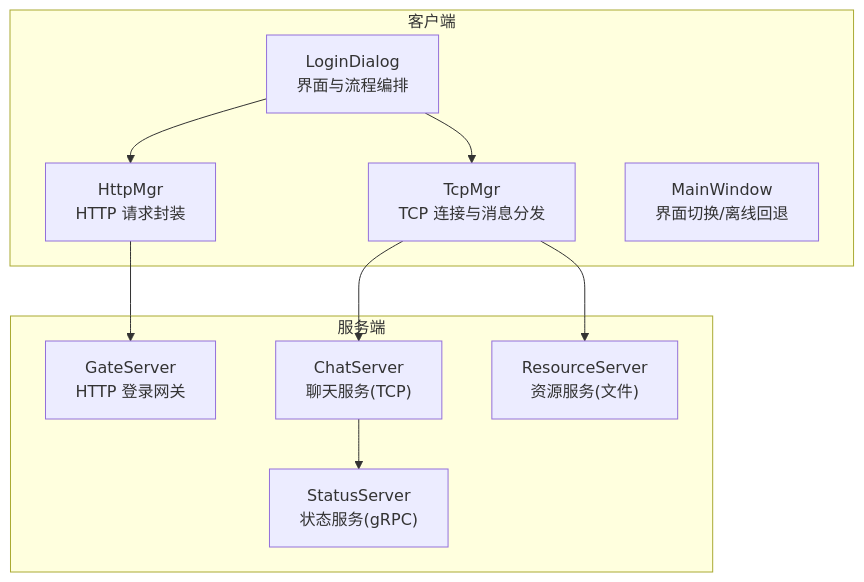
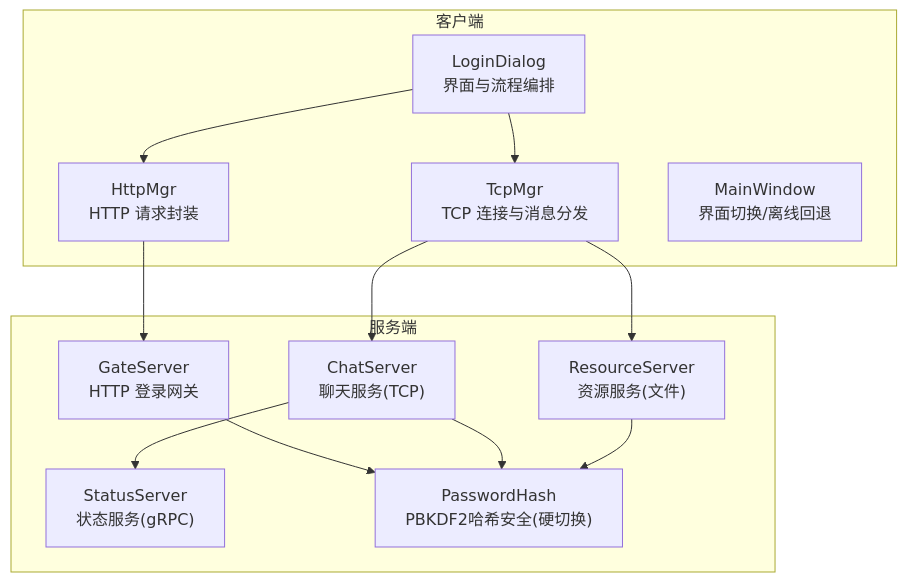
Before and after one commit to echo9923/mychatter: the first of 7 diagrams in .qoder/repowiki/zh/content/核心功能模块/用户认证系统/用户登录功能.md, drawn with Mermaid. The commit also changed other lines of this file and 58 other files, not shown here.

````diff
--- a/.qoder/repowiki/zh/content/核心功能模块/用户认证系统/用户登录功能.md
+++ b/.qoder/repowiki/zh/content/核心功能模块/用户认证系统/用户登录功能.md
@@ -46,21 +64,25 @@
 ```mermaid
 graph TB
 subgraph "客户端"
 LD["LoginDialog<br/>界面与流程编排"]
 HM["HttpMgr<br/>HTTP 请求封装"]
 TM["TcpMgr<br/>TCP 连接与消息分发"]
 MW["MainWindow<br/>界面切换/离线回退"]
 end
 subgraph "服务端"
 GS["GateServer<br/>HTTP 登录网关"]
 CS["ChatServer<br/>聊天服务(TCP)"]
 RS["ResourceServer<br/>资源服务(文件)"]
 SS["StatusServer<br/>状态服务(gRPC)"]
+PH["PasswordHash<br/>PBKDF2哈希安全(硬切换)"]
 end
 LD --> HM
 LD --> TM
 HM --> GS
 TM --> CS
 TM --> RS
 CS --> SS
+GS --> PH
+CS --> PH
+RS --> PH
 ```
````
